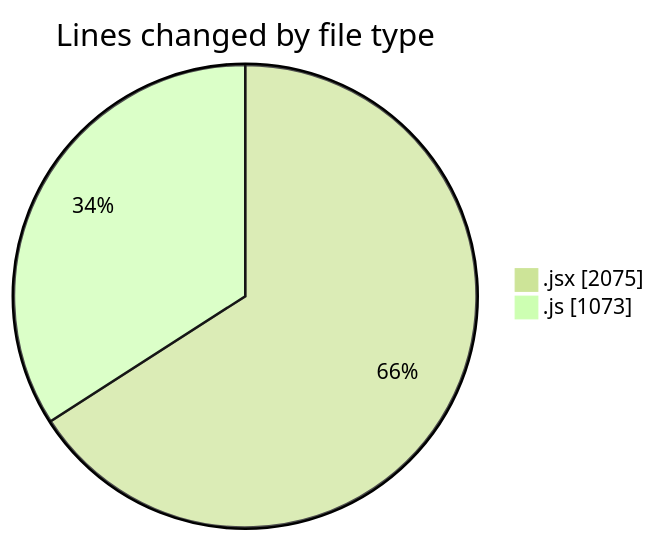
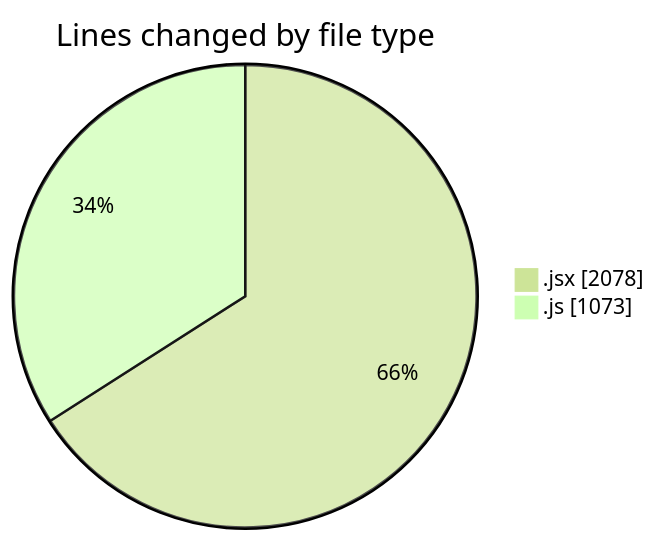
Before and after one commit to nxtqubesakshisongat/code-tracking: the first of 2 diagrams in 2025-06-04/nxtqube_webapp/README.md, drawn with Mermaid (forest theme). The commit also changed other lines of this file and 1 other file, not shown here.

````diff
--- a/2025-06-04/nxtqube_webapp/README.md
+++ b/2025-06-04/nxtqube_webapp/README.md
@@ -26,6 +26,6 @@
 ```mermaid
 pie showData
 title Lines changed by file type
-".jsx" : 2075
+".jsx" : 2078
 ".js" : 1073
 ```
````
